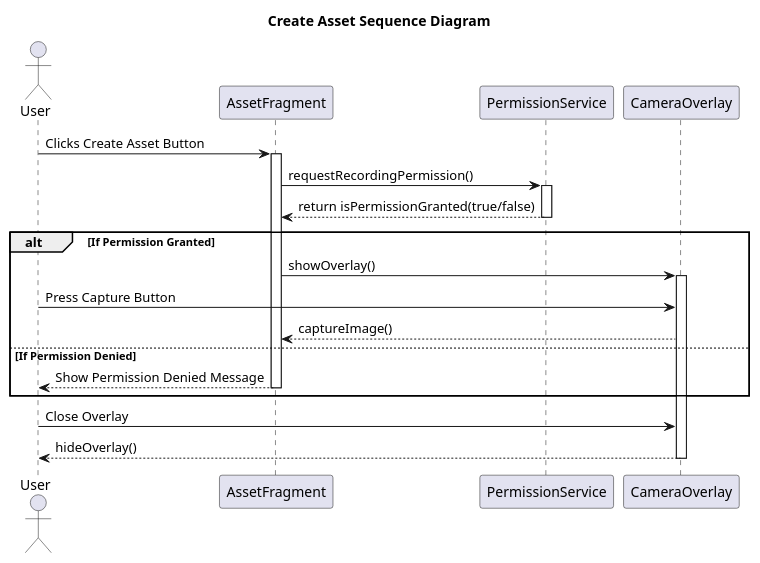
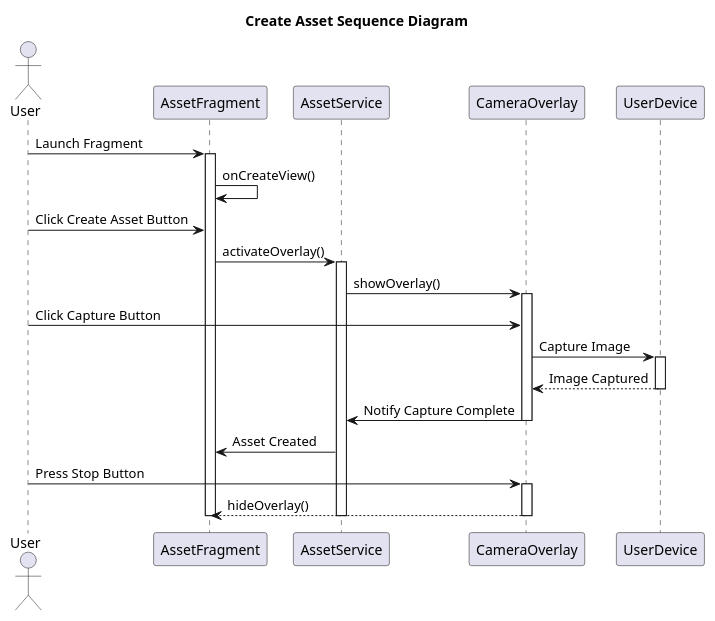
Before and after one commit to Caothuludau/InSyncDocument: the diagram in ClassDiagram/MobileDiagram/AssetsManagement/CreateAssetsSequenceDiagram.plantuml, drawn with PlantUML. The commit also changed 2 other files, not shown here.

```diff
--- a/ClassDiagram/MobileDiagram/AssetsManagement/CreateAssetsSequenceDiagram.plantuml
+++ b/ClassDiagram/MobileDiagram/AssetsManagement/CreateAssetsSequenceDiagram.plantuml
@@ -1,33 +1,36 @@
 @startuml CreateAssetSequenceDiagram
 
 title Create Asset Sequence Diagram
-
 actor User
 participant AssetFragment
-participant PermissionService
+participant AssetService
 participant CameraOverlay
+participant UserDevice
 
-User -> AssetFragment : Clicks Create Asset Button
+User -> AssetFragment : Launch Fragment
 activate AssetFragment
-AssetFragment -> PermissionService : requestRecordingPermission()
-activate PermissionService
-PermissionService --> AssetFragment : return isPermissionGranted(true/false)
-deactivate PermissionService
 
-alt If Permission Granted
-    AssetFragment -> CameraOverlay : showOverlay()
+AssetFragment -> AssetFragment : onCreateView()
+
+User -> AssetFragment : Click Create Asset Button
+AssetFragment -> AssetService : activateOverlay()
+activate AssetService
+AssetService -> CameraOverlay : showOverlay()
+activate CameraOverlay
+    User -> CameraOverlay : Click Capture Button
+    CameraOverlay -> UserDevice : Capture Image
+    activate UserDevice
+    UserDevice --> CameraOverlay : Image Captured
+    deactivate UserDevice
+    CameraOverlay -> AssetService : Notify Capture Complete
+    deactivate CameraOverlay
+    AssetService -> AssetFragment : Asset Created
+
+    User -> CameraOverlay : Press Stop Button
     activate CameraOverlay
-    User -> CameraOverlay : Press Capture Button
-    CameraOverlay --> AssetFragment : captureImage()
-    
-else If Permission Denied
-    AssetFragment --> User : Show Permission Denied Message
-    deactivate AssetFragment
-end
-
-User -> CameraOverlay : Close Overlay
-CameraOverlay --> User : hideOverlay()
-deactivate CameraOverlay
+    AssetFragment <-- CameraOverlay : hideOverlay()
+    deactivate CameraOverlay
+deactivate AssetService
 deactivate AssetFragment
 
 @enduml
```
